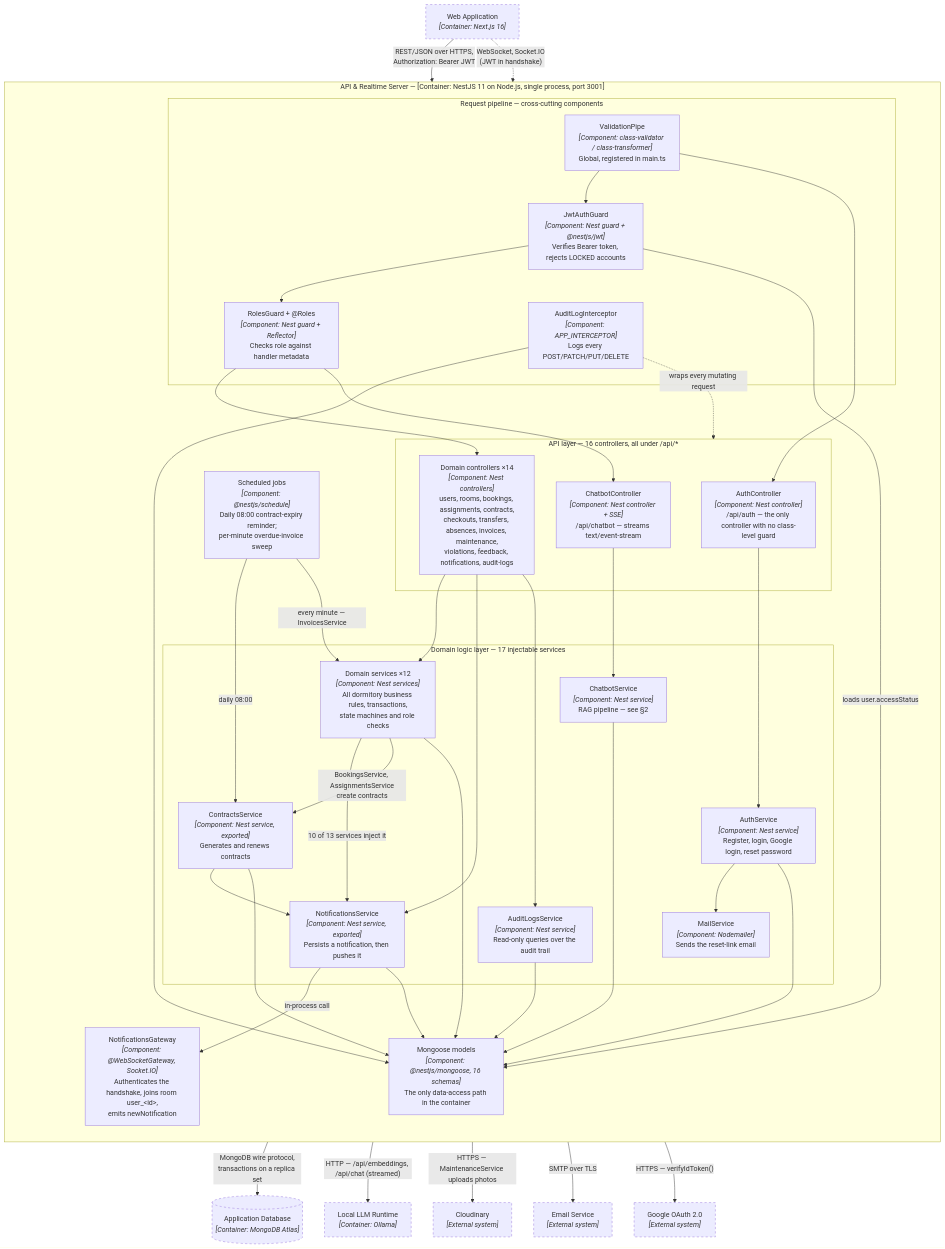
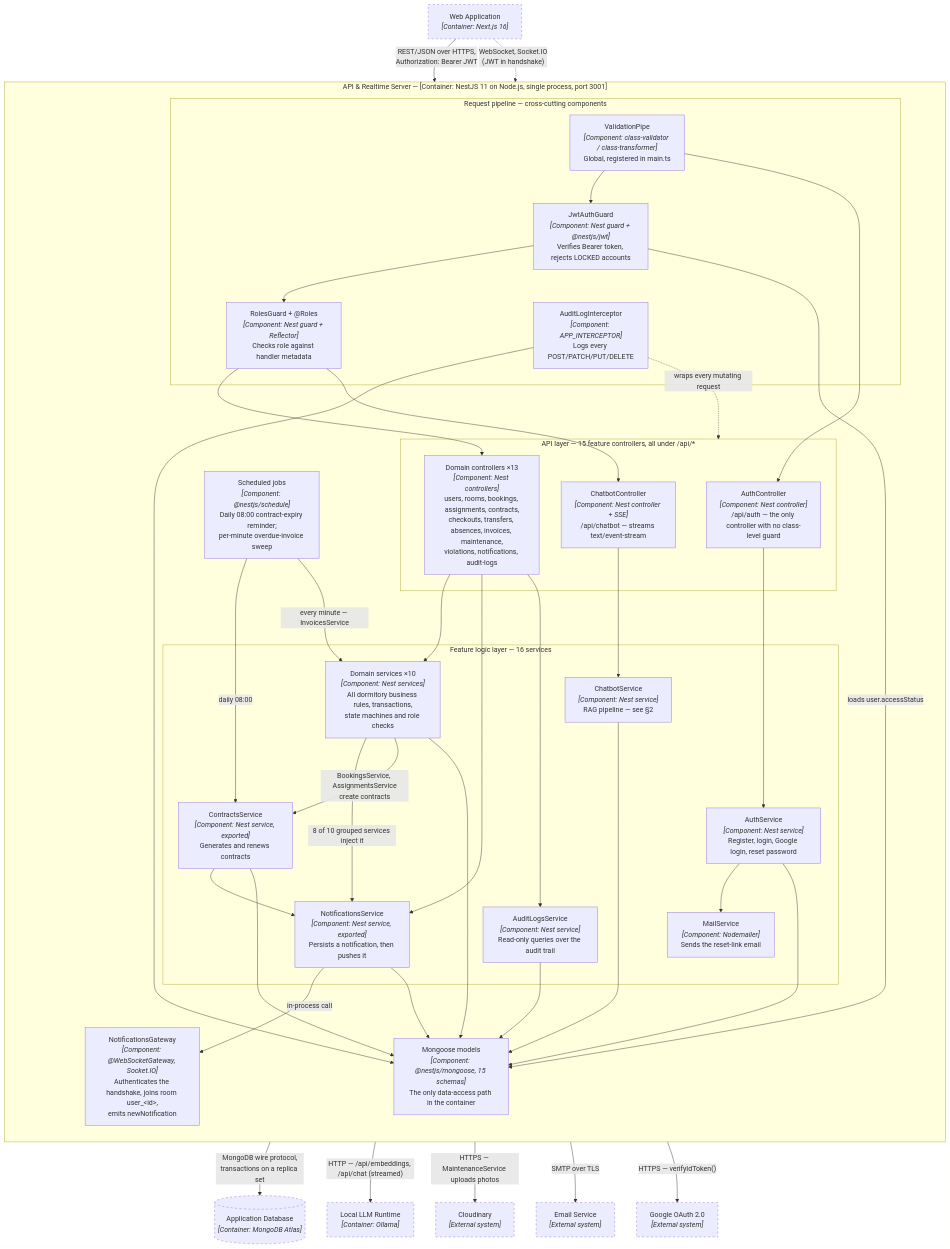
Before and after one commit to ddanh2436/Domitory_Management_Docs: the first of 3 diagrams in docs/analysis-and-design/c4-level3.md, drawn with Mermaid. The commit also changed other lines of this file and 30 other files, not shown here.

```diff
--- a/docs/analysis-and-design/c4-level3.md
+++ b/docs/analysis-and-design/c4-level3.md
@@ -32,16 +32,16 @@
             AUD["AuditLogInterceptor<br/><i>[Component: APP_INTERCEPTOR]</i><br/>Logs every POST/PATCH/PUT/DELETE"]
         end
 
-        subgraph CTRL["API layer — 16 controllers, all under /api/*"]
+        subgraph CTRL["API layer — 15 feature controllers, all under /api/*"]
             AUTHC["AuthController<br/><i>[Component: Nest controller]</i><br/>/api/auth — the only controller with no class-level guard"]
-            DOMC["Domain controllers ×14<br/><i>[Component: Nest controllers]</i><br/>users, rooms, bookings, assignments, contracts,<br/>checkouts, transfers, absences, invoices, maintenance,<br/>violations, feedback, notifications, audit-logs"]
+            DOMC["Domain controllers ×13<br/><i>[Component: Nest controllers]</i><br/>users, rooms, bookings, assignments, contracts,<br/>checkouts, transfers, absences, invoices, maintenance,<br/>violations, notifications, audit-logs"]
             CHATC["ChatbotController<br/><i>[Component: Nest controller + SSE]</i><br/>/api/chatbot — streams text/event-stream"]
         end
 
-        subgraph LOGIC["Domain logic layer — 17 injectable services"]
+        subgraph LOGIC["Feature logic layer — 16 services"]
             AUTHS["AuthService<br/><i>[Component: Nest service]</i><br/>Register, login, Google login, reset password"]
             MAILS["MailService<br/><i>[Component: Nodemailer]</i><br/>Sends the reset-link email"]
-            DOMS["Domain services ×12<br/><i>[Component: Nest services]</i><br/>All dormitory business rules, transactions,<br/>state machines and role checks"]
+            DOMS["Domain services ×10<br/><i>[Component: Nest services]</i><br/>All dormitory business rules, transactions,<br/>state machines and role checks"]
             CONTS["ContractsService<br/><i>[Component: Nest service, exported]</i><br/>Generates and renews contracts"]
             NOTS["NotificationsService<br/><i>[Component: Nest service, exported]</i><br/>Persists a notification, then pushes it"]
             CHATS["ChatbotService<br/><i>[Component: Nest service]</i><br/>RAG pipeline — see §2"]
@@ -50,7 +50,7 @@
 
         GW["NotificationsGateway<br/><i>[Component: @WebSocketGateway, Socket.IO]</i><br/>Authenticates the handshake, joins room user_&lt;id&gt;,<br/>emits newNotification"]
         SCHED["Scheduled jobs<br/><i>[Component: @nestjs/schedule]</i><br/>Daily 08:00 contract-expiry reminder;<br/>per-minute overdue-invoice sweep"]
-        ODM["Mongoose models<br/><i>[Component: @nestjs/mongoose, 16 schemas]</i><br/>The only data-access path in the container"]
+        ODM["Mongoose models<br/><i>[Component: @nestjs/mongoose, 15 schemas]</i><br/>The only data-access path in the container"]
     end
 
     DB[("Application Database<br/><i>[Container: MongoDB Atlas]</i>")]
@@ -76,7 +76,7 @@
     CHATC --> CHATS
 
     AUTHS --> MAILS
-    DOMS -->|"10 of 13 services inject it"| NOTS
+    DOMS -->|"8 of 10 grouped services inject it"| NOTS
     CONTS --> NOTS
     DOMS -->|"BookingsService, AssignmentsService<br/>create contracts"| CONTS
     NOTS -->|"in-process call"| GW
```
